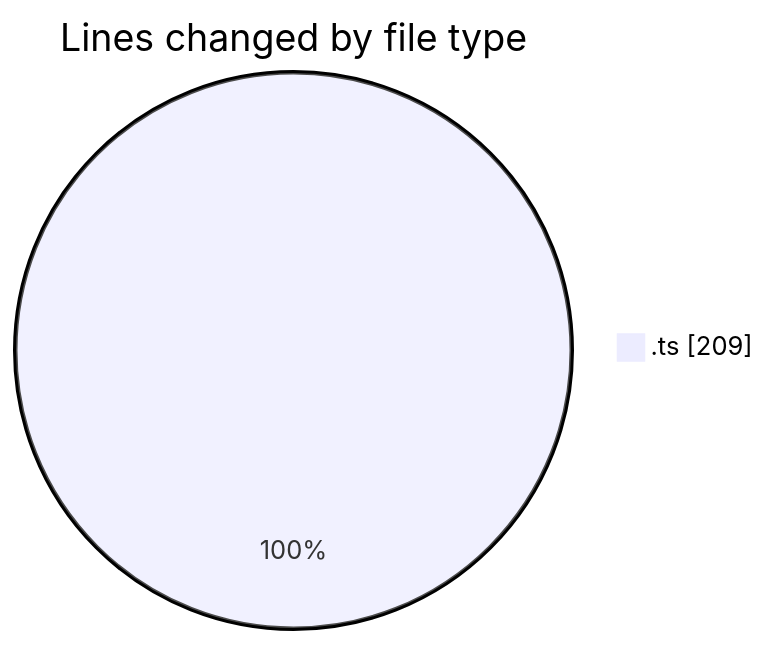
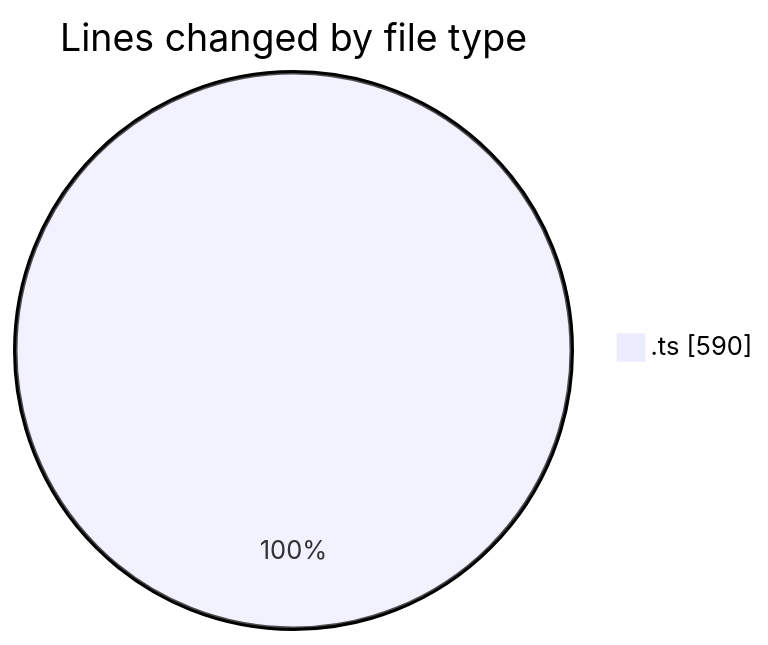
The first of 2 diagrams in 2026-02-06/singularitybrainai/README.md (tmsrecording-cyber/code-tracking), drawn with Mermaid before and after one commit. The commit also changed other lines of this file and 1 other file, not shown here.

````diff
--- a/2026-02-06/singularitybrainai/README.md
+++ b/2026-02-06/singularitybrainai/README.md
@@ -20,5 +22,5 @@
 ```mermaid
 pie showData
 title Lines changed by file type
-".ts" : 209
+".ts" : 590
 ```
````
